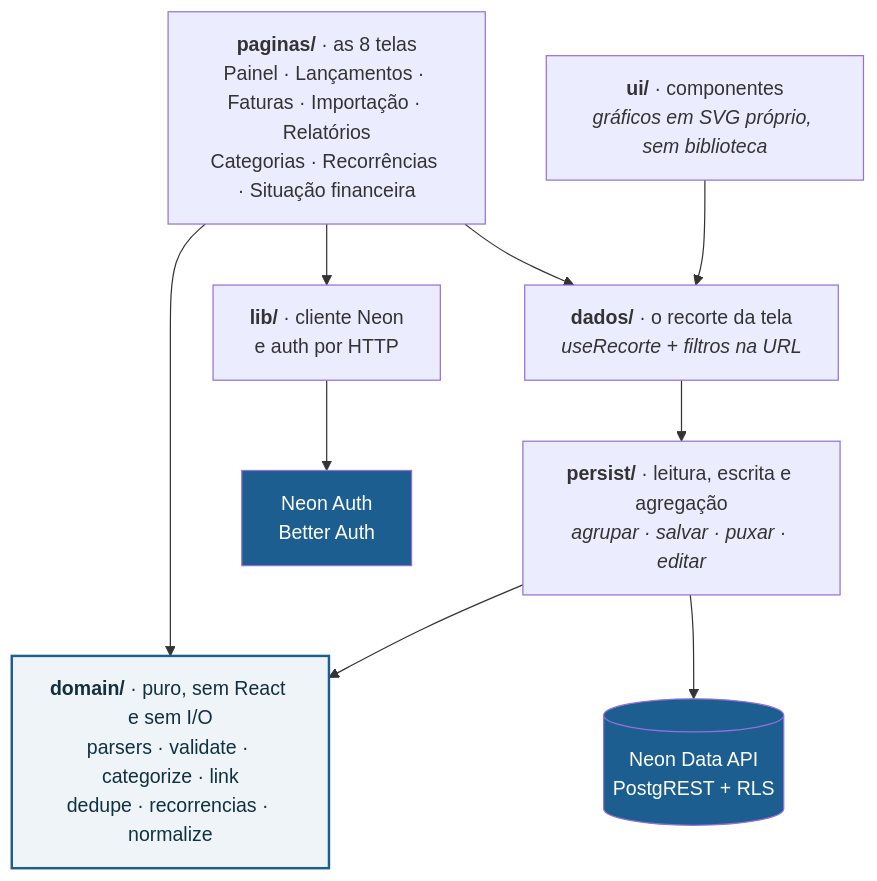
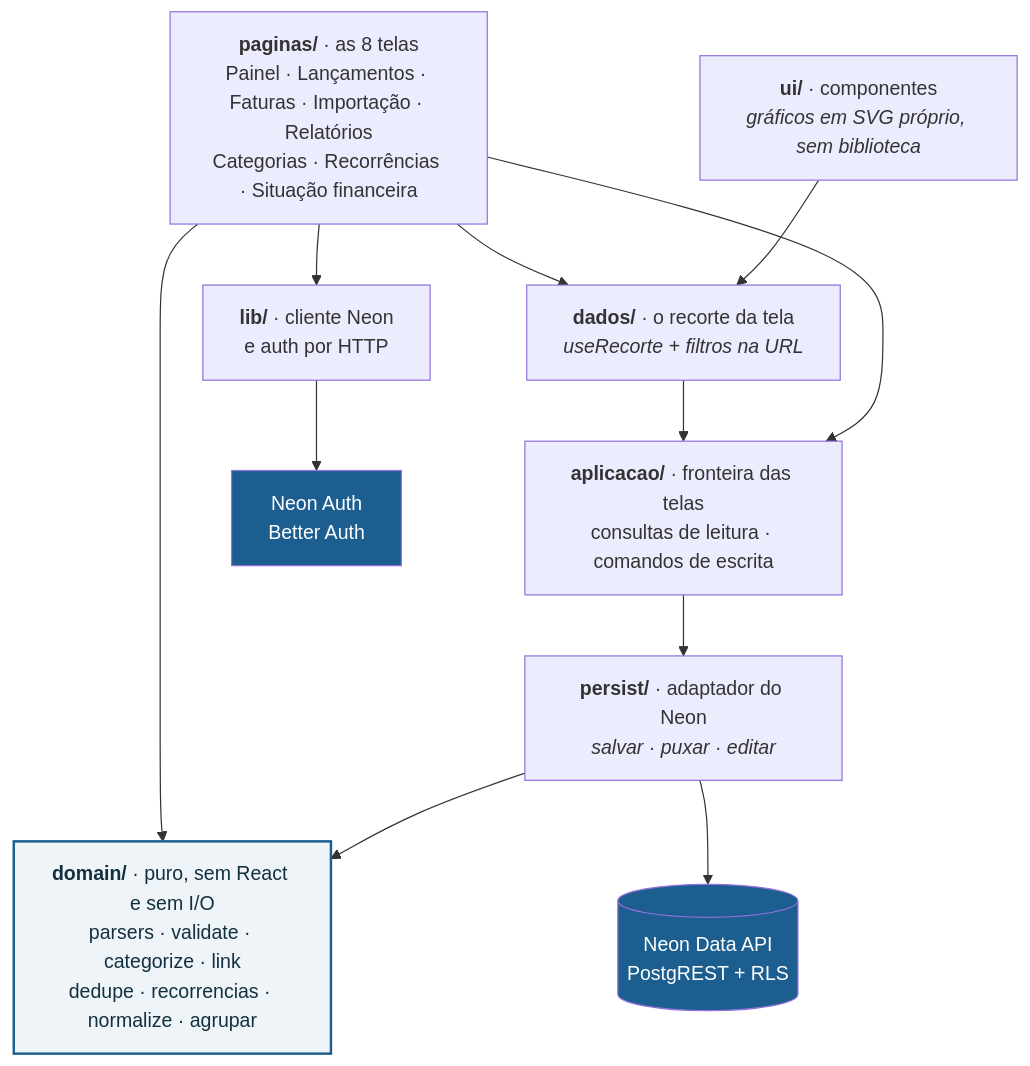
Before and after one commit to cielioqueiroz/controle-financeiro: the second of 4 diagrams in README.md, drawn with Mermaid. The commit also changed other lines of this file and 58 other files, not shown here.

````diff
--- a/README.md
+++ b/README.md
@@ -175,23 +175,25 @@
 ```mermaid
 graph TD
     PG["<b>paginas/</b> · as 8 telas<br/>Painel · Lançamentos · Faturas · Importação · Relatórios<br/>Categorias · Recorrências · Situação financeira"]
     CP["<b>ui/</b> · componentes<br/><i>gráficos em SVG próprio, sem biblioteca</i>"]
     RC["<b>dados/</b> · o recorte da tela<br/><i>useRecorte + filtros na URL</i>"]
-    DOM["<b>domain/</b> · puro, sem React e sem I/O<br/>parsers · validate · categorize · link<br/>dedupe · recorrencias · normalize"]
-    PER["<b>persist/</b> · leitura, escrita e agregação<br/><i>agrupar · salvar · puxar · editar</i>"]
+    DOM["<b>domain/</b> · puro, sem React e sem I/O<br/>parsers · validate · categorize · link<br/>dedupe · recorrencias · normalize · agrupar"]
+    APL["<b>aplicacao/</b> · fronteira das telas<br/>consultas de leitura · comandos de escrita"]
+    PER["<b>persist/</b> · adaptador do Neon<br/><i>salvar · puxar · editar</i>"]
     LIB["<b>lib/</b> · cliente Neon<br/>e auth por HTTP"]
     NEON[("Neon Data API<br/>PostgREST + RLS")]
     AUTH["Neon Auth<br/>Better Auth"]
 
     PG --> RC
     CP --> RC
-    RC --> PER
+    RC --> APL --> PER
+    PG --> APL
     PG --> DOM
     PER --> DOM
     PER --> NEON
     PG --> LIB --> AUTH
 
     style DOM fill:#eef4f8,stroke:#1b5e8f,stroke-width:2px,color:#12303f
     style NEON fill:#1b5e8f,color:#fff
     style AUTH fill:#1b5e8f,color:#fff
 ```
````
